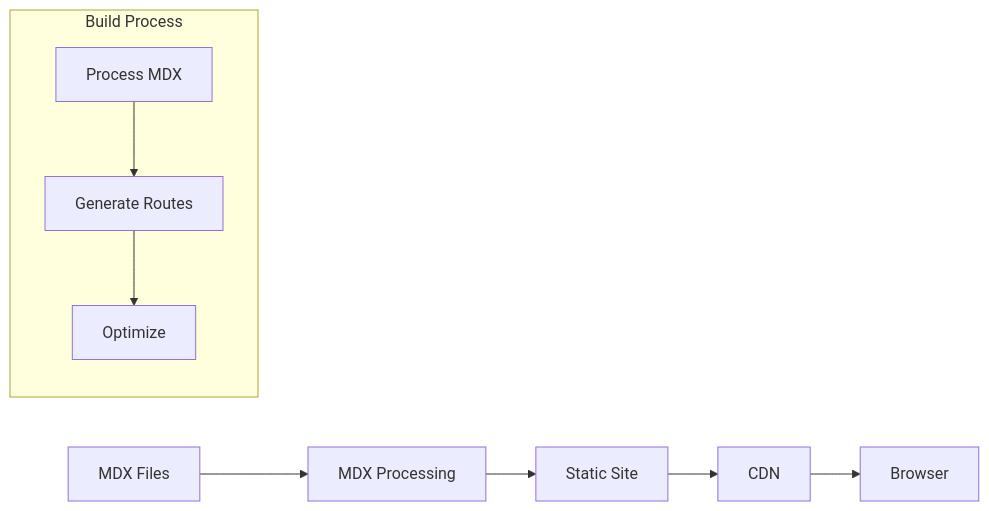
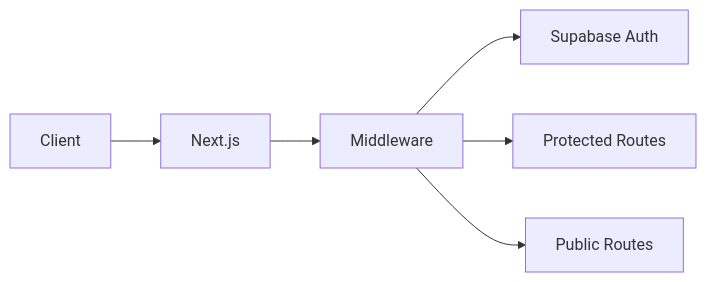
Before and after one commit to ddri/openqase: the fifth of 5 diagrams in docs/technical-architecture.md, drawn with Mermaid. The commit also changed other lines of this file and 9 other files, not shown here.

````diff
--- a/docs/technical-architecture.md
+++ b/docs/technical-architecture.md
@@ -184,12 +150,8 @@
 ```mermaid
 graph LR
-    A[MDX Files] --> B[MDX Processing]
-    B --> C[Static Site]
-    C --> D[CDN]
-    D --> E[Browser]
-    
-    subgraph "Build Process"
-    F[Process MDX] --> G[Generate Routes]
-    G --> H[Optimize]
-    end
+    A[Client] --> B[Next.js]
+    B --> C[Middleware]
+    C --> D[Supabase Auth]
+    C --> E[Protected Routes]
+    C --> F[Public Routes]
 ```
````
